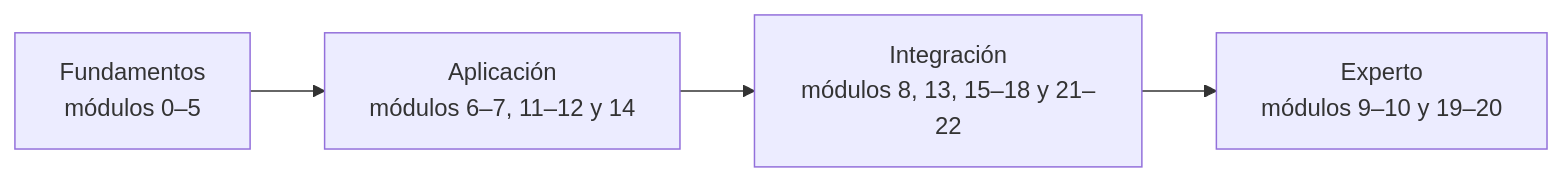
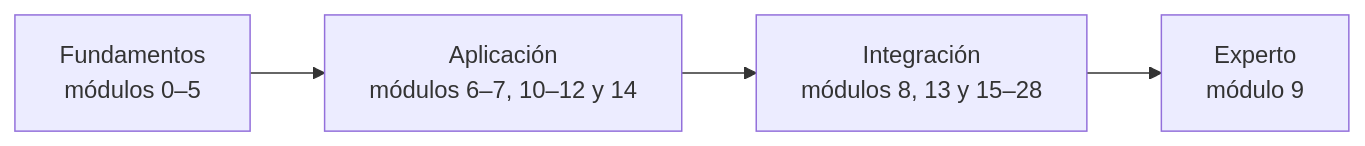
The diagram in web/public/content/control-1/modulo-0.md (NICORUIZ93/The_Imperial_Book), drawn with Mermaid before and after one commit. The commit also changed other lines of this file and 18 other files, not shown here.

````diff
--- a/web/public/content/control-1/modulo-0.md
+++ b/web/public/content/control-1/modulo-0.md
@@ -15,10 +15,10 @@
 ```mermaid
 flowchart LR
     E0["Fundamentos<br/>módulos 0–5"]
-    E1["Aplicación<br/>módulos 6–7, 11–12 y 14"]
-    E2["Integración<br/>módulos 8, 13, 15–18 y 21–22"]
-    E3["Experto<br/>módulos 9–10 y 19–20"]
+    E1["Aplicación<br/>módulos 6–7, 10–12 y 14"]
+    E2["Integración<br/>módulos 8, 13 y 15–28"]
+    E3["Experto<br/>módulo 9"]
     E0 --> E1
     E1 --> E2
     E2 --> E3
 ```
````
